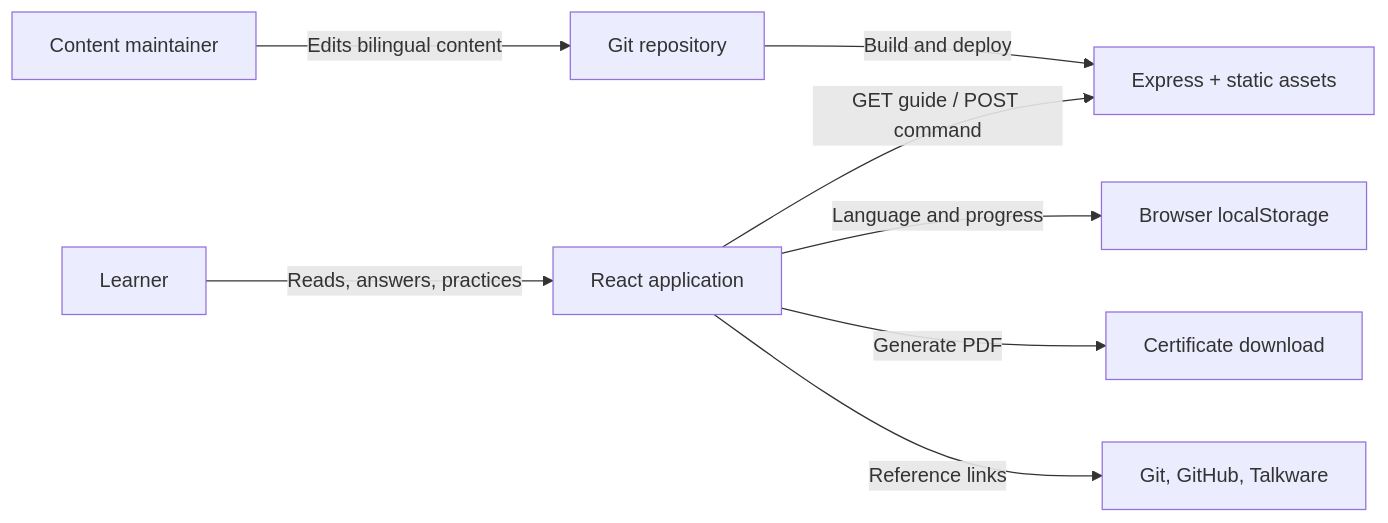
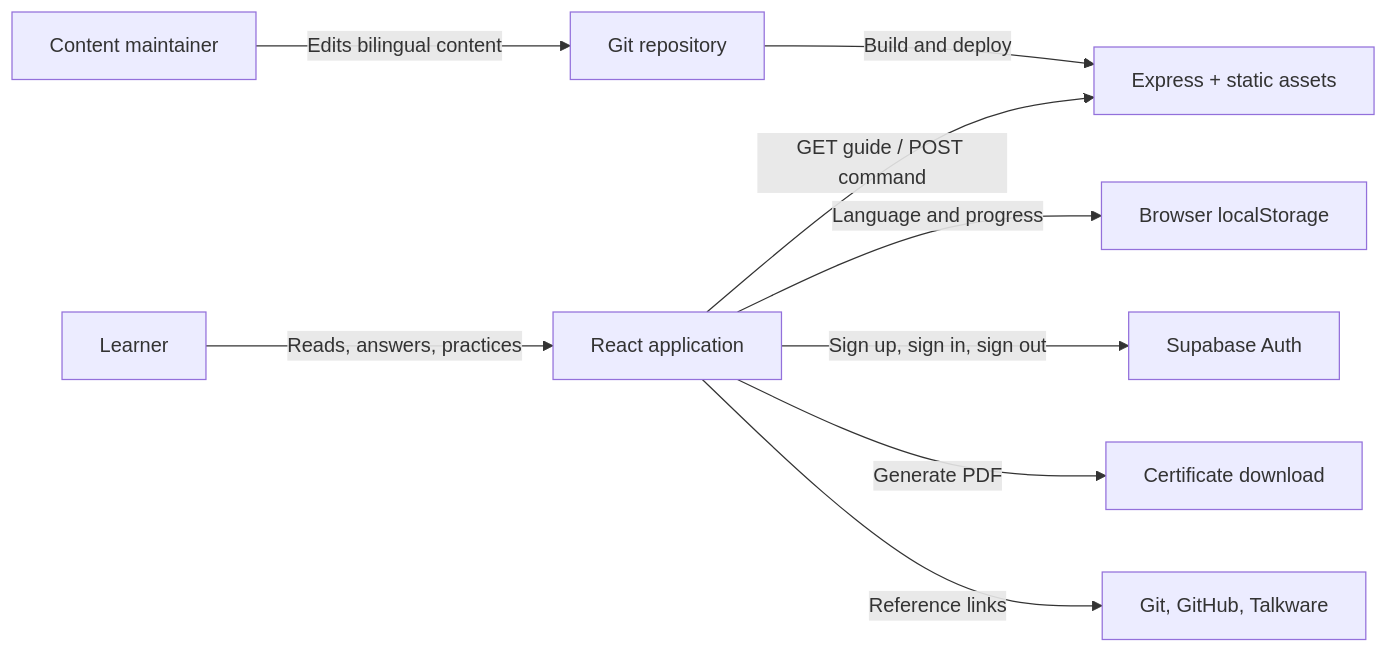
The first of 9 diagrams in docs/ARCHITECTURE.md (MoriartyLink/git-guide), drawn with Mermaid before and after one commit. The commit also changed other lines of this file and 137 other files, not shown here.

````diff
--- a/docs/ARCHITECTURE.md
+++ b/docs/ARCHITECTURE.md
@@ -16,10 +16,11 @@
 ```mermaid
 flowchart LR
     Learner["Learner"] -->|Reads, answers, practices| Browser["React application"]
     Maintainer["Content maintainer"] -->|Edits bilingual content| Source["Git repository"]
     Source -->|Build and deploy| Server["Express + static assets"]
     Browser -->|GET guide / POST command| Server
     Browser -->|Language and progress| Storage["Browser localStorage"]
+    Browser -->|Sign up, sign in, sign out| Supabase["Supabase Auth"]
     Browser -->|Generate PDF| Download["Certificate download"]
     Browser -->|Reference links| Docs["Git, GitHub, Talkware"]
 ```
````
